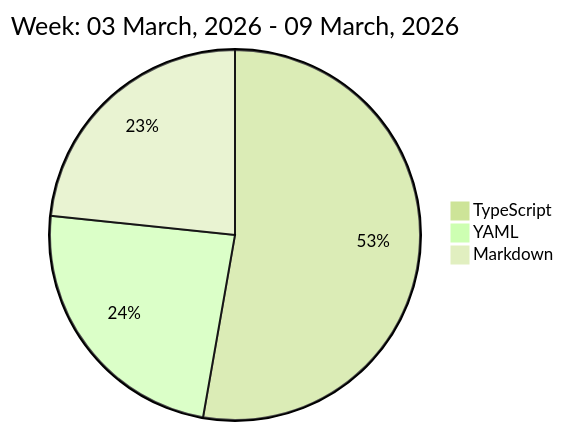
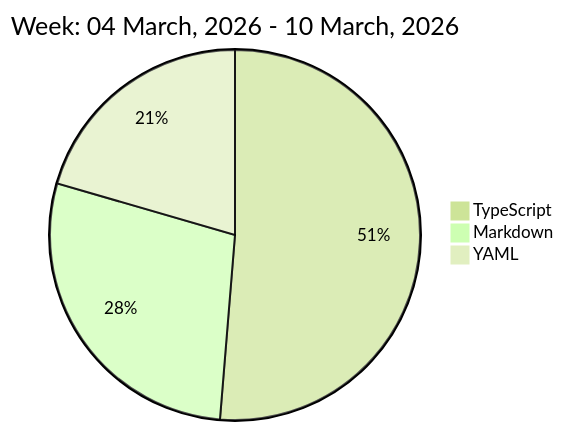
One commit to liubin95/liubin95 changed the diagram in README.md. Above: the diagram before and after it, drawn with Mermaid (forest theme).

Commit message:
Updated the Graph with new Metrics

````diff
--- a/README.md
+++ b/README.md
@@ -32,7 +32,7 @@
 ```mermaid
  pie
-title Week: 03 March, 2026 - 09 March, 2026
- "TypeScript" : 6.78
- "YAML" : 3.07
- "Markdown" : 3.0
+title Week: 04 March, 2026 - 10 March, 2026
+ "TypeScript" : 7.13
+ "Markdown" : 3.92
+ "YAML" : 2.85
 ```
````
